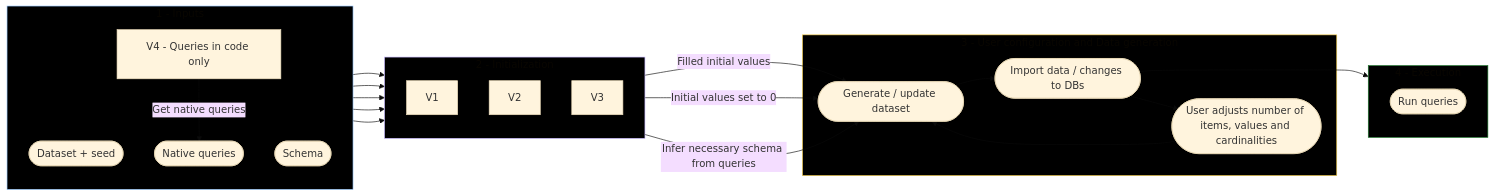
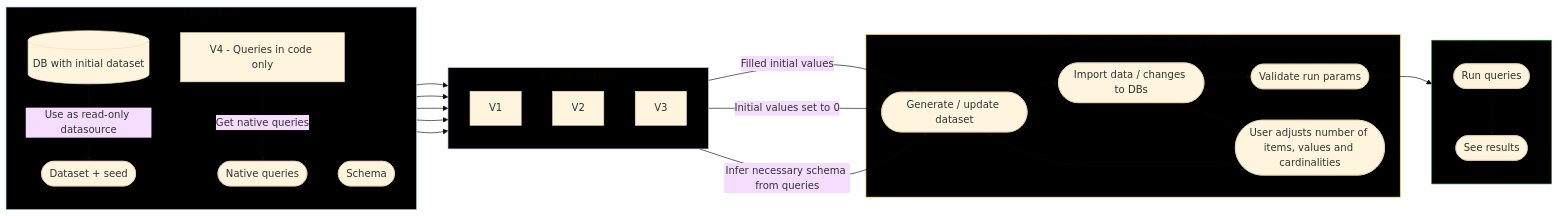
Before and after one commit to SimekJan/oxm-benchmark: the diagram in docs/FLOW.md, drawn with Mermaid (base theme).

Commit message:
Update Flow diagram after architecture updates

````diff
--- a/docs/FLOW.md
+++ b/docs/FLOW.md
@@ -1,54 +1,58 @@
 ```mermaid
 
 flowchart LR
     subgraph INPUTS["1 - Inputs"]
         direction TD
         DATASET(["Dataset + seed"])
         QUERIES(["Native queries"])
         SCHEMA(["Schema"])
         CODE_QUERIES["V4 - Queries in code only"]
         CODE_QUERIES -->|" Get native queries "| QUERIES
+        READONLY_DATABASE[("DB with initial dataset")]
+        READONLY_DATABASE -->|" Use as read-only datasource "| DATASET
     end
 
     subgraph INIT["2 - Initialization"]
         direction TD
         V1["V1"]
         V2["V2"]
         V3["V3"]
     end
 
     DATASET --> V1
     QUERIES --> V1
     SCHEMA --> V2
     QUERIES --> V2
     QUERIES --> V3
 
     subgraph CONFIG["3 - User configuration and Data generation"]
         ADJUST(["User adjusts number of items, values and cardinalities"])
         GENERATE(["Generate / update dataset"])
         IMPORT(["Import data / changes to DBs"])
         ADJUST --> GENERATE
         GENERATE --> IMPORT
         IMPORT --> ADJUST
+        VALIDATE(["Validate run params"])
     end
 
     V1 -->|" Filled initial values "| GENERATE
     V2 -->|" Initial values set to 0 "| GENERATE
     V3 -->|" Infer necessary schema from queries "| GENERATE
 
     subgraph EXECUTION["4 - Execution"]
         direction TD
         RUN(["Run queries"])
-        IMPORT --> RUN
+        RESULTS(["See results"])
+        IMPORT --> VALIDATE --> RUN --> RESULTS
     end
 
     ADJUST ~~~ RUN
 
     classDef input fill: #DBEAFE, stroke: #2563EB, color: #1E3A8A
     classDef init fill: #EDE9FE, stroke: #7C3AED, color: #4C1D95
     classDef config fill: #222222, stroke: #D97706, color: #78350F
     style INPUTS fill: #000000, stroke: #93C5FD
     style INIT fill: #000000, stroke: #C4B5FD
     style CONFIG fill: #000000, stroke: #FCD34D
     style EXECUTION fill: #000000, stroke: #197629
 ```
````
